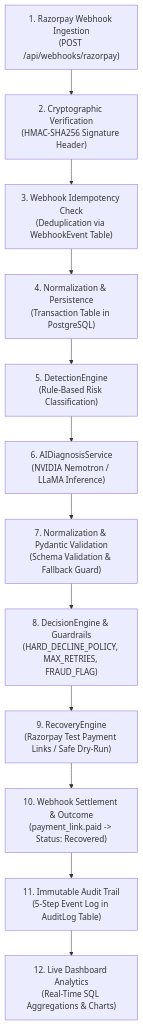
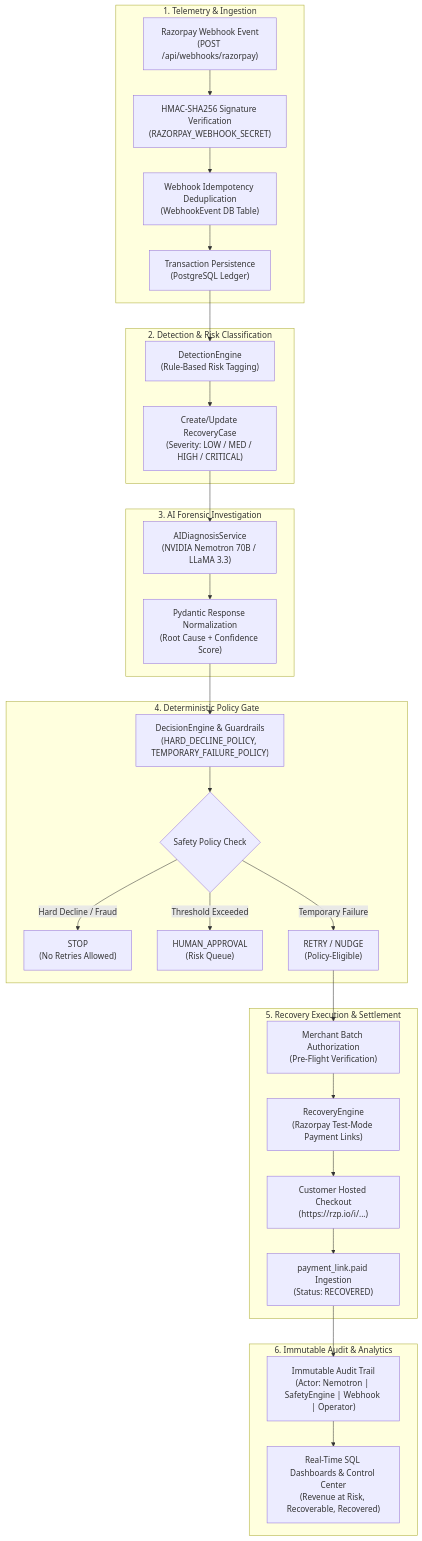
One commit to bhaskararamkarri/ReviveX changed the diagram in README.md. Above: the diagram before and after it, drawn with Mermaid. The commit also changed other lines of this file and 40 other files, not shown here.

Commit message:
feat: upgrade ReviveX to Enterprise Payment Recovery Control Center with Next.js 16 and full telemetry pipeline

````diff
--- a/README.md
+++ b/README.md
@@ -32,14 +33,38 @@
 ```mermaid
 flowchart TD
-    A["1. Razorpay Webhook Ingestion\n(POST /api/webhooks/razorpay)"] --> B["2. Cryptographic Verification\n(HMAC-SHA256 Signature Header)"]
-    B --> C["3. Webhook Idempotency Check\n(Deduplication via WebhookEvent Table)"]
-    C --> D["4. Normalization & Persistence\n(Transaction Table in PostgreSQL)"]
-    D --> E["5. DetectionEngine\n(Rule-Based Risk Classification)"]
-    E --> F["6. AIDiagnosisService\n(NVIDIA Nemotron / LLaMA Inference)"]
-    F --> G["7. Normalization & Pydantic Validation\n(Schema Validation & Fallback Guard)"]
-    G --> H["8. DecisionEngine & Guardrails\n(HARD_DECLINE_POLICY, MAX_RETRIES, FRAUD_FLAG)"]
-    H --> I["9. RecoveryEngine\n(Razorpay Test Payment Links / Safe Dry-Run)"]
-    I --> J["10. Webhook Settlement & Outcome\n(payment_link.paid -> Status: Recovered)"]
-    J --> K["11. Immutable Audit Trail\n(5-Step Event Log in AuditLog Table)"]
-    K --> L["12. Live Dashboard Analytics\n(Real-Time SQL Aggregations & Charts)"]
+    subgraph TELEMETRY["1. Telemetry & Ingestion"]
+        A1["Razorpay Webhook Event\n(POST /api/webhooks/razorpay)"] --> A2["HMAC-SHA256 Signature Verification\n(RAZORPAY_WEBHOOK_SECRET)"]
+        A2 --> A3["Webhook Idempotency Deduplication\n(WebhookEvent DB Table)"]
+        A3 --> A4["Transaction Persistence\n(PostgreSQL Ledger)"]
+    end
+
+    subgraph DETECTION["2. Detection & Risk Classification"]
+        A4 --> B1["DetectionEngine\n(Rule-Based Risk Tagging)"]
+        B1 --> B2["Create/Update RecoveryCase\n(Severity: LOW / MED / HIGH / CRITICAL)"]
+    end
+
+    subgraph INVESTIGATION["3. AI Forensic Investigation"]
+        B2 --> C1["AIDiagnosisService\n(NVIDIA Nemotron 70B / LLaMA 3.3)"]
+        C1 --> C2["Pydantic Response Normalization\n(Root Cause + Confidence Score)"]
+    end
+
+    subgraph DECISION["4. Deterministic Policy Gate"]
+        C2 --> D1["DecisionEngine & Guardrails\n(HARD_DECLINE_POLICY, TEMPORARY_FAILURE_POLICY)"]
+        D1 --> D2{"Safety Policy Check"}
+        D2 -->|"Hard Decline / Fraud"| D3["STOP\n(No Retries Allowed)"]
+        D2 -->|"Threshold Exceeded"| D4["HUMAN_APPROVAL\n(Risk Queue)"]
+        D2 -->|"Temporary Failure"| D5["RETRY / NUDGE\n(Policy-Eligible)"]
+    end
+
+    subgraph EXECUTION["5. Recovery Execution & Settlement"]
+        D5 --> E1["Merchant Batch Authorization\n(Pre-Flight Verification)"]
+        E1 --> E2["RecoveryEngine\n(Razorpay Test-Mode Payment Links)"]
+        E2 --> E3["Customer Hosted Checkout\n(https://rzp.io/i/...)"]
+        E3 --> E4["payment_link.paid Ingestion\n(Status: RECOVERED)"]
+    end
+
+    subgraph AUDIT["6. Immutable Audit & Analytics"]
+        E4 --> F1["Immutable Audit Trail\n(Actor: Nemotron | SafetyEngine | Webhook | Operator)"]
+        F1 --> F2["Real-Time SQL Dashboards & Control Center\n(Revenue at Risk, Recoverable, Recovered)"]
+    end
 ```
````
